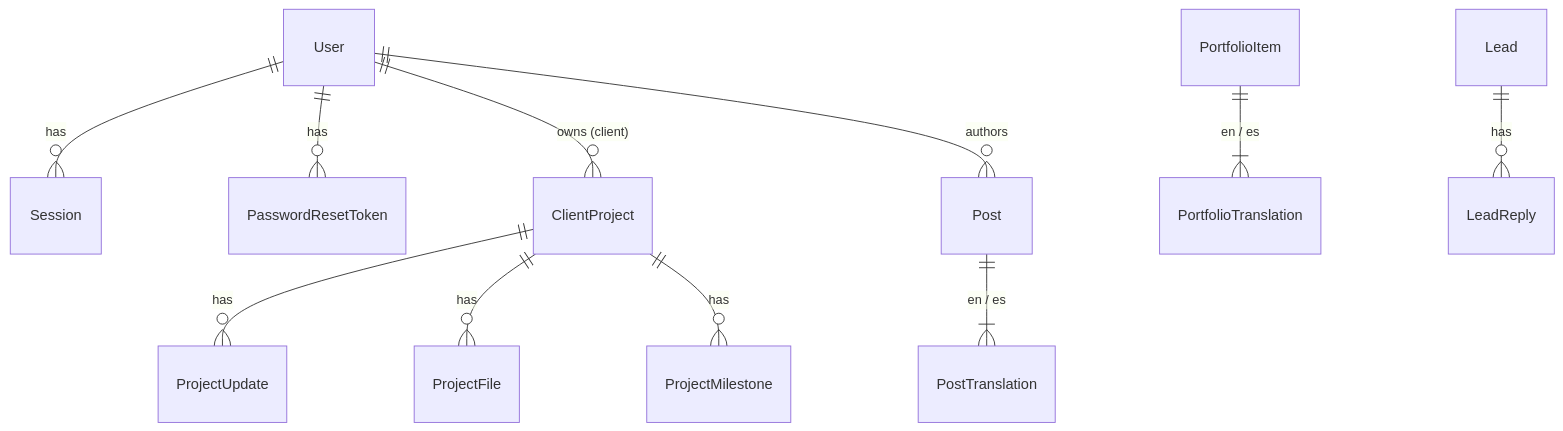
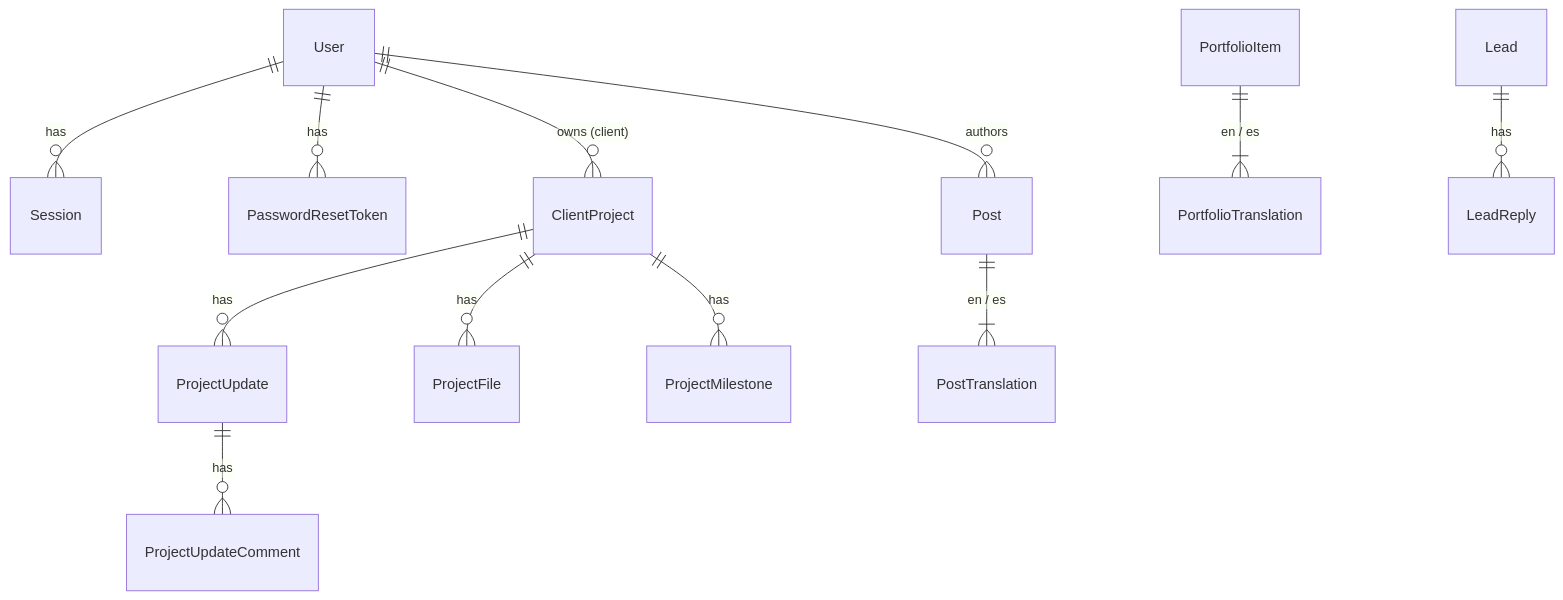
The second of 3 diagrams in docs/architecture.md (Codeqlick/Codeqlick), drawn with Mermaid before and after one commit. The commit also changed other lines of this file and 21 other files, not shown here.

````diff
--- a/docs/architecture.md
+++ b/docs/architecture.md
@@ -117,13 +117,14 @@
 ```mermaid
 erDiagram
   User ||--o{ Session : has
   User ||--o{ PasswordResetToken : has
   User ||--o{ ClientProject : "owns (client)"
   User ||--o{ Post : authors
   ClientProject ||--o{ ProjectUpdate : has
   ClientProject ||--o{ ProjectFile : has
   ClientProject ||--o{ ProjectMilestone : has
+  ProjectUpdate ||--o{ ProjectUpdateComment : has
   Post ||--|{ PostTranslation : "en / es"
   PortfolioItem ||--|{ PortfolioTranslation : "en / es"
   Lead ||--o{ LeadReply : has
 ```
````
